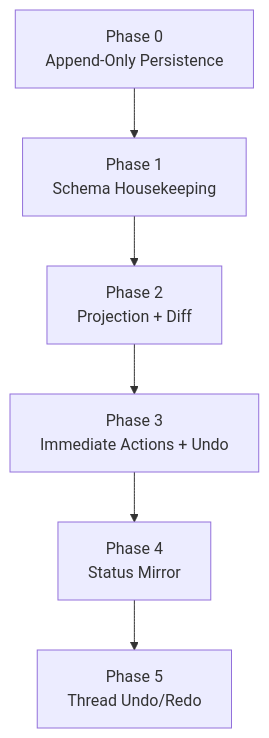
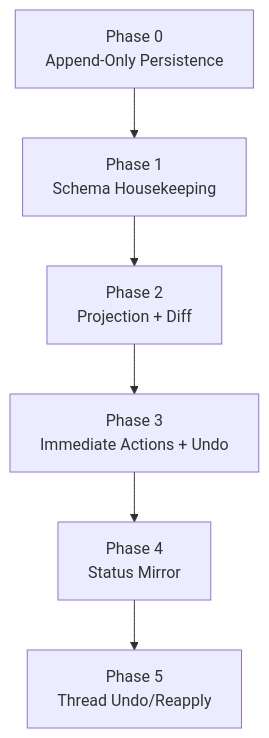
Before and after one commit to haowjy/meridian-flow: the diagram in _docs/plans/collab-review-v2/spec/plan.md, drawn with Mermaid. The commit also changed other lines of this file and 9 other files, not shown here.

First line of the commit message:
collab-v2: unify thread undo/reapply, rename _proposal_status, local-first thread ops

````diff
--- a/_docs/plans/collab-review-v2/spec/plan.md
+++ b/_docs/plans/collab-review-v2/spec/plan.md
@@ -85,8 +88,8 @@
 ```mermaid
 flowchart TB
     P0[Phase 0\nAppend-Only Persistence] --> P1[Phase 1\nSchema Housekeeping]
     P1 --> P2[Phase 2\nProjection + Diff]
     P2 --> P3[Phase 3\nImmediate Actions + Undo]
     P3 --> P4[Phase 4\nStatus Mirror]
-    P4 --> P5[Phase 5\nThread Undo/Redo]
+    P4 --> P5[Phase 5\nThread Undo/Reapply]
 ```
````
